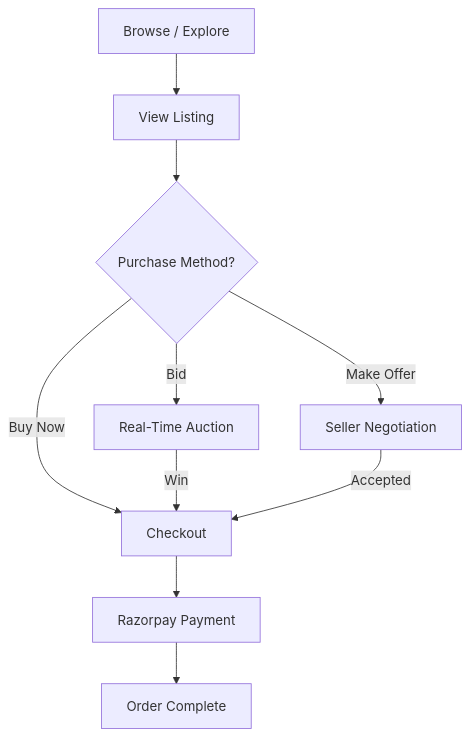
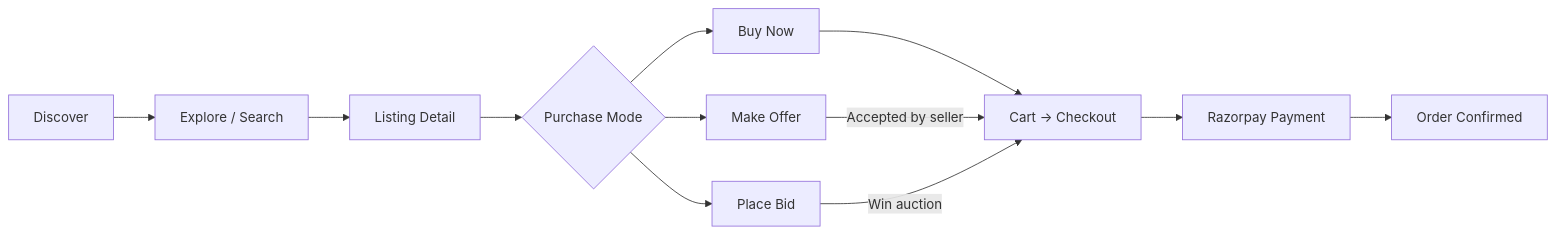
One commit to Sia3136/BidCraft changed the first of 7 diagrams in README.md. Above: the diagram before and after it, drawn with Mermaid. The commit also changed other lines of this file and 4 other files, not shown here.

````diff
--- a/README.md
+++ b/README.md
@@ -43,12 +79,14 @@
 ```mermaid
-flowchart TD
-    A[Browse / Explore] --> B[View Listing]
-    B --> C{Purchase Method?}
-    C -->|Buy Now| D[Checkout]
-    C -->|Bid| E[Real-Time Auction]
-    C -->|Make Offer| F[Seller Negotiation]
-    D --> G[Razorpay Payment]
-    E -->|Win| D
-    F -->|Accepted| D
-    G --> H[Order Complete]
+flowchart LR
+    A[Discover] --> B[Explore / Search]
+    B --> C[Listing Detail]
+    C --> D{Purchase Mode}
+    D --> E[Buy Now]
+    D --> F[Make Offer]
+    D --> G[Place Bid]
+    E --> H[Cart → Checkout]
+    F -->|Accepted by seller| H
+    G -->|Win auction| H
+    H --> I[Razorpay Payment]
+    I --> J[Order Confirmed]
 ```
````
